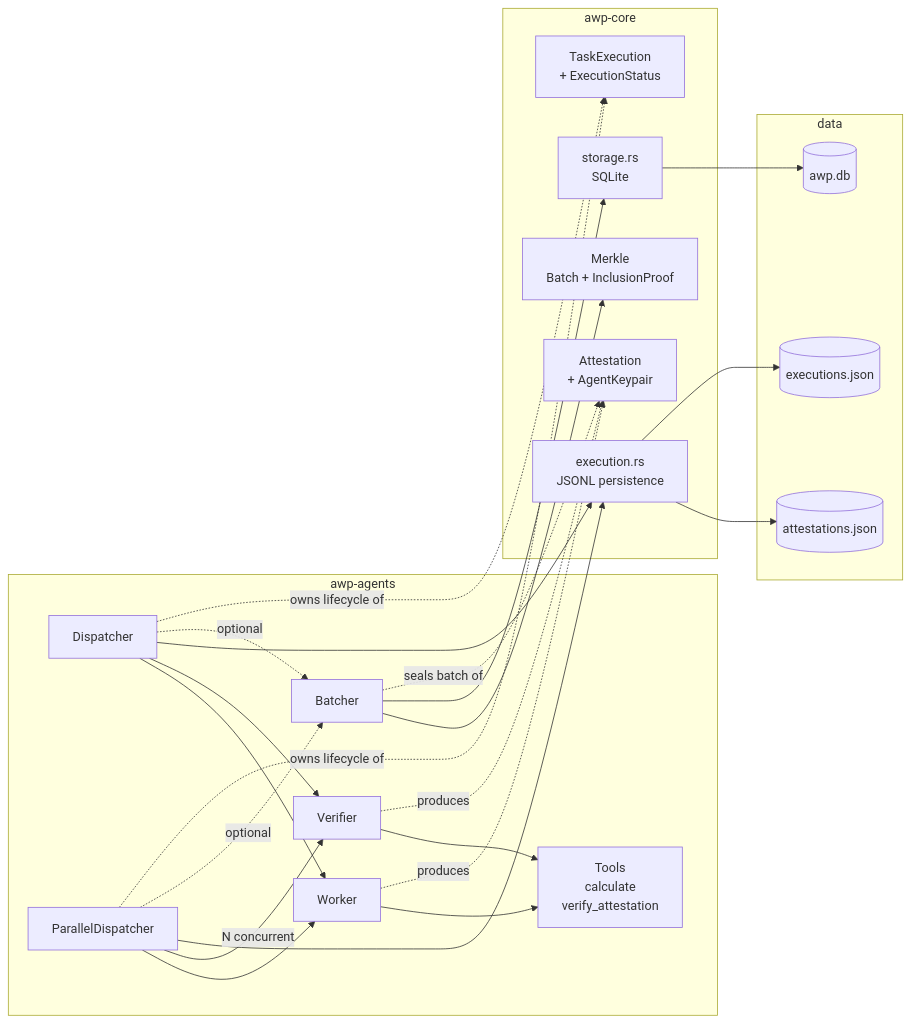
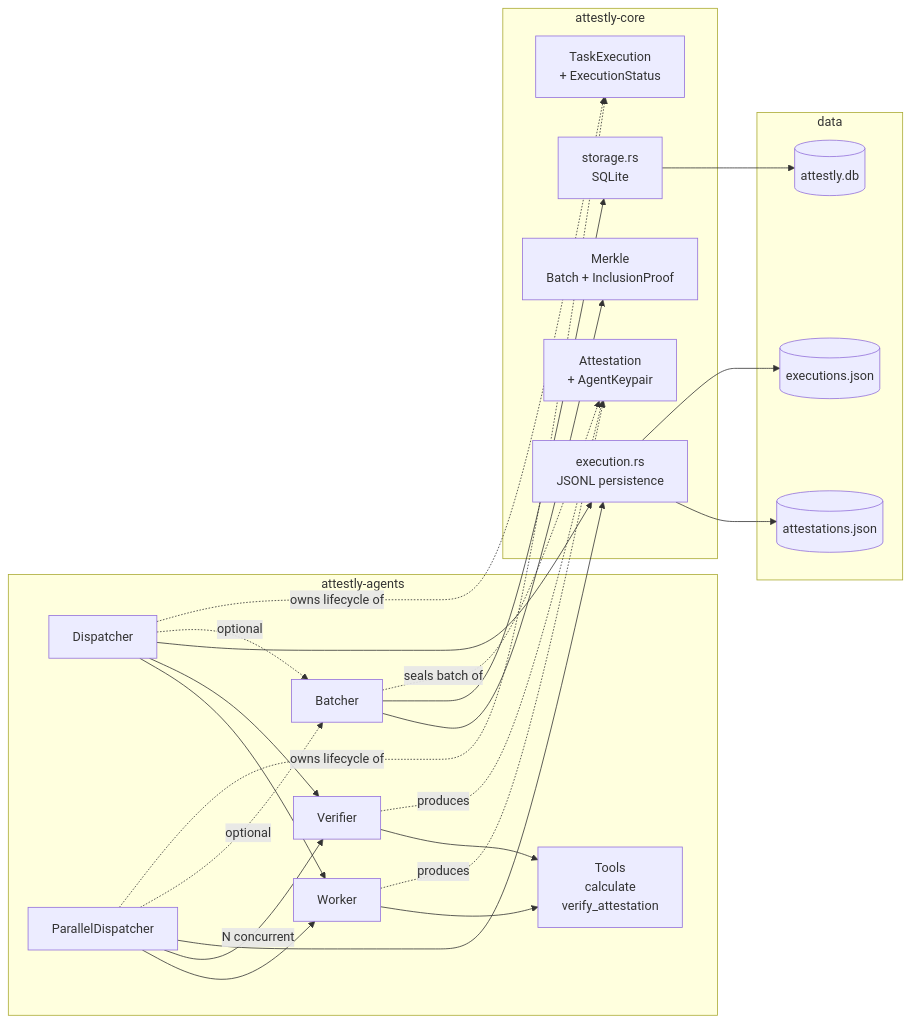
One commit to inertialabsxyz/attestly changed the first of 7 diagrams in docs/ARCHITECTURE.md. Above: the diagram before and after it, drawn with Mermaid. The commit also changed other lines of this file and 43 other files, not shown here.

First line of the commit message:
docs(rename): rebrand AWP / Agent Work Protocol prose to Attestly

````diff
--- a/docs/ARCHITECTURE.md
+++ b/docs/ARCHITECTURE.md
@@ -39,39 +39,39 @@
 ```mermaid
 flowchart LR
-    subgraph awp-agents
+    subgraph attestly-agents
         W[Worker]
         V[Verifier]
         D[Dispatcher]
         PD[ParallelDispatcher]
         B[Batcher]
         T[Tools<br/>calculate<br/>verify_attestation]
     end
 
-    subgraph awp-core
+    subgraph attestly-core
         A[Attestation<br/>+ AgentKeypair]
         TE[TaskExecution<br/>+ ExecutionStatus]
         M[Merkle<br/>Batch + InclusionProof]
         EX[execution.rs<br/>JSONL persistence]
         ST[storage.rs<br/>SQLite]
     end
 
     subgraph data
         J1[(attestations.json)]
         J2[(executions.json)]
-        DB[(awp.db)]
+        DB[(attestly.db)]
     end
 
     D --> W & V
     PD --> W
     PD -->|N concurrent| V
     W & V --> T
     D & PD --> EX
     D & PD -.->|optional| B
     EX --> J1 & J2
     B --> M & ST
     ST --> DB
 
     W & V -. produces .-> A
     D & PD -. owns lifecycle of .-> TE
     B -. seals batch of .-> A
 ```
````
